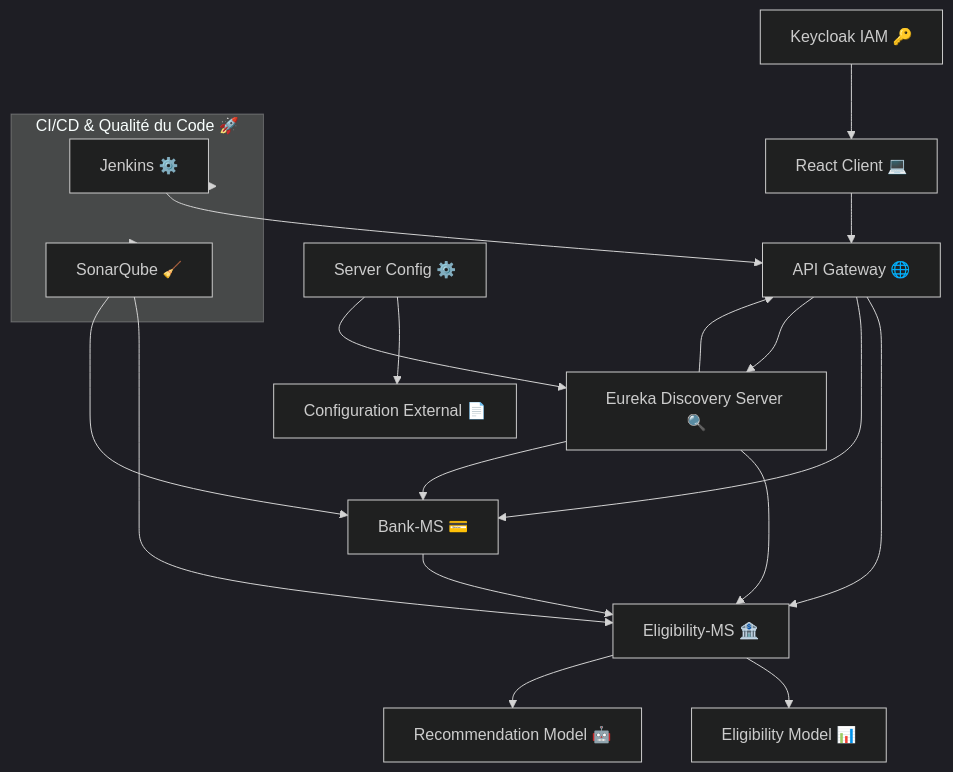
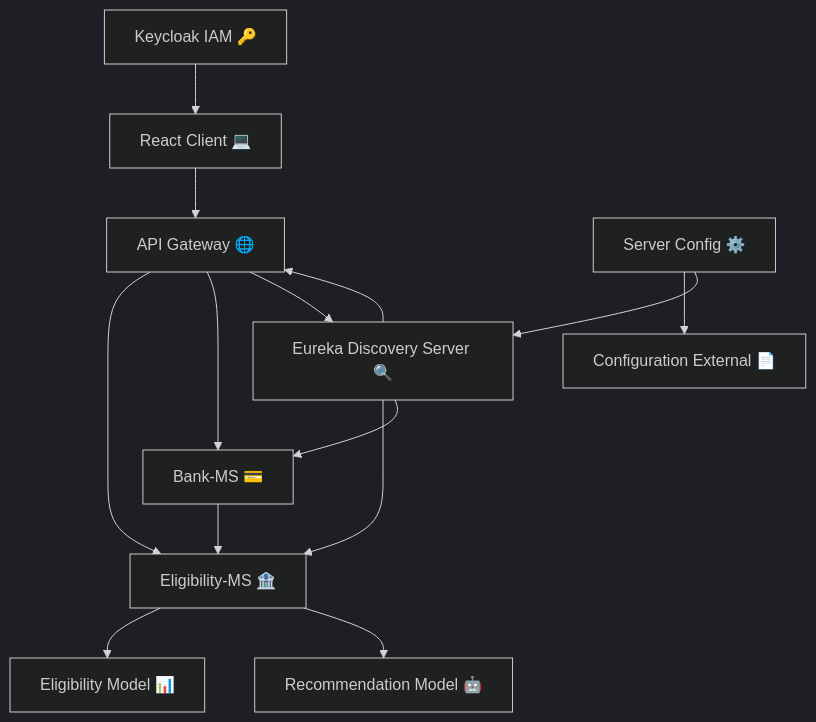
The diagram in profile/README.md (ia-project-org/.github), drawn with Mermaid (dark theme) before and after one commit.

````diff
--- a/profile/README.md
+++ b/profile/README.md
@@ -85,39 +85,29 @@
 ```mermaid
 flowchart TD
     Keycloak[Keycloak IAM 🔑]
     ReactClient[React Client 💻]
     APIGateway[API Gateway 🌐]
     Eureka[Eureka Discovery Server 🔍]
     Config[Server Config ⚙️]
     ConfigExternal[Configuration External 📄]
     EligibilityMS[Eligibility-MS 🏦]
     BankMS[Bank-MS 💳]
     EligibilityModel[Eligibility Model 📊]
     RecommendationModel[Recommendation Model 🤖]
 
-    subgraph CICD[CI/CD & Qualité du Code 🚀]
-        Jenkins[Jenkins ⚙️]
-        SonarQube[SonarQube 🧹]
-    end
+  
 
     Keycloak --> ReactClient
     ReactClient --> APIGateway
     APIGateway --> EligibilityMS
     APIGateway --> BankMS
     EligibilityMS --> EligibilityModel
     EligibilityMS --> RecommendationModel
     BankMS --> EligibilityMS
     APIGateway --> Eureka
     Config --> ConfigExternal
     Eureka --> EligibilityMS
     Eureka --> BankMS
     Eureka --> APIGateway
     Config --> Eureka
-
-    CICD --> Jenkins
-    CICD --> SonarQube
-    Jenkins --> APIGateway
-    SonarQube --> EligibilityMS
-    SonarQube --> BankMS
-
 ```
````
